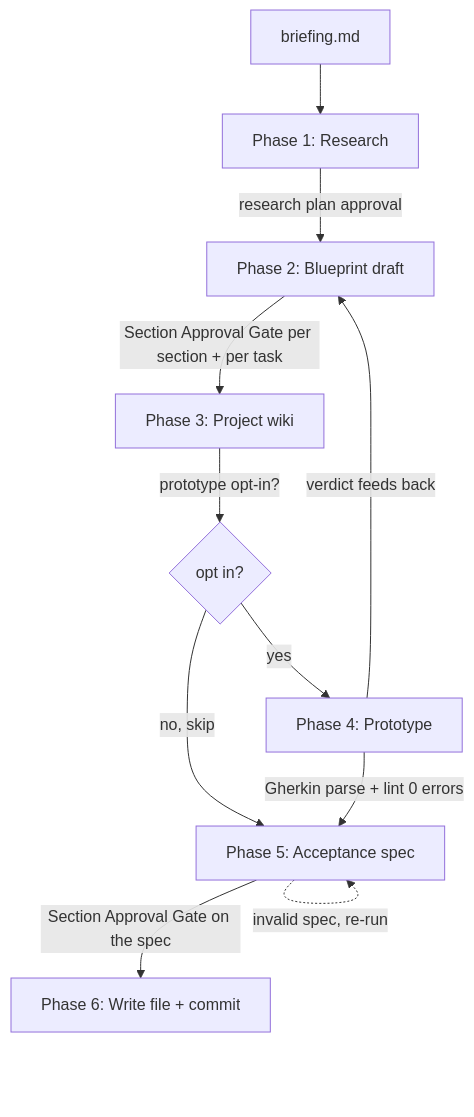
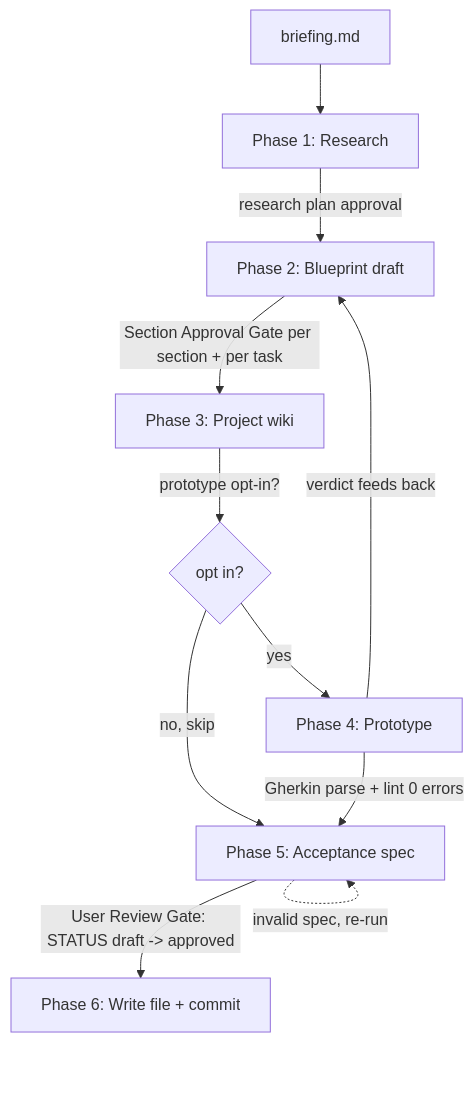
Before and after one commit to devopstales/skillgrid: the diagram in .agents/skills/blueprint/SKILL.md, drawn with Mermaid. The commit also changed other lines of this file and 188 other files, not shown here.

````diff
--- a/.agents/skills/blueprint/SKILL.md
+++ b/.agents/skills/blueprint/SKILL.md
@@ -91,13 +115,13 @@
 ```mermaid
 flowchart TD
     A[briefing.md] --> B[Phase 1: Research]
     B -->|research plan approval| C[Phase 2: Blueprint draft]
     C -->|Section Approval Gate per section + per task| D[Phase 3: Project wiki]
     D -->|prototype opt-in?| E{opt in?}
     E -->|yes| F[Phase 4: Prototype]
     E -->|no, skip| G[Phase 5: Acceptance spec]
     F -->|verdict feeds back| C
     F -->|Gherkin parse + lint 0 errors| G
-    G -->|Section Approval Gate on the spec| H[Phase 6: Write file + commit]
+    G -->|User Review Gate: STATUS draft -> approved| H[Phase 6: Write file + commit]
     G -.->|invalid spec, re-run| G
 ```
````
